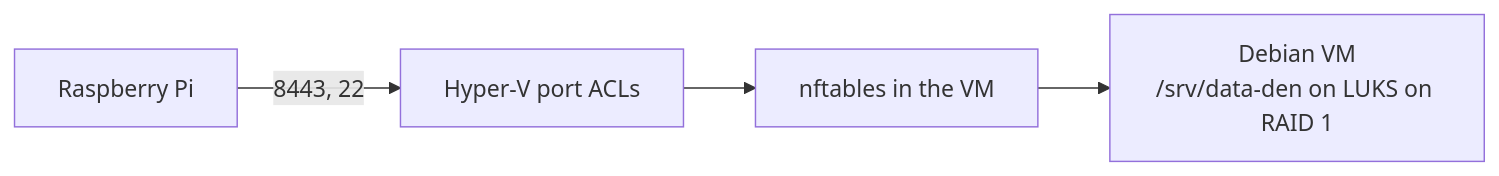
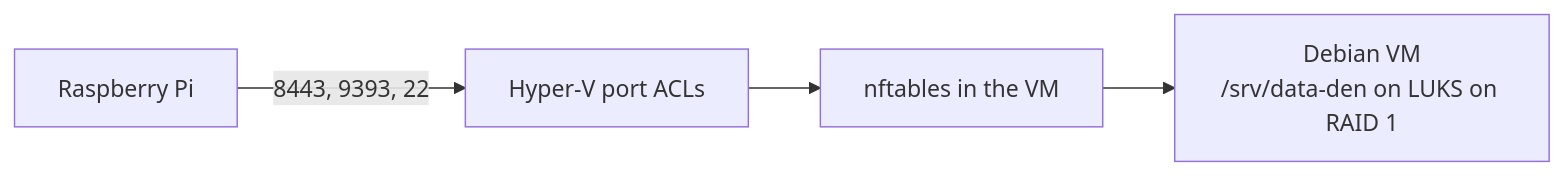
Before and after one commit to Programmer-Den/DATA-DEN: the diagram in vm/README.md, drawn with Mermaid. The commit also changed other lines of this file and 16 other files, not shown here.

````diff
--- a/vm/README.md
+++ b/vm/README.md
@@ -8,6 +8,6 @@
 ```mermaid
 flowchart LR
-    pi["Raspberry Pi"] -- "8443, 22" --> acl["Hyper-V port ACLs"]
+    pi["Raspberry Pi"] -- "8443, 9393, 22" --> acl["Hyper-V port ACLs"]
     acl --> nft["nftables in the VM"]
     nft --> vm["Debian VM<br/>/srv/data-den on LUKS on RAID 1"]
 ```
````
